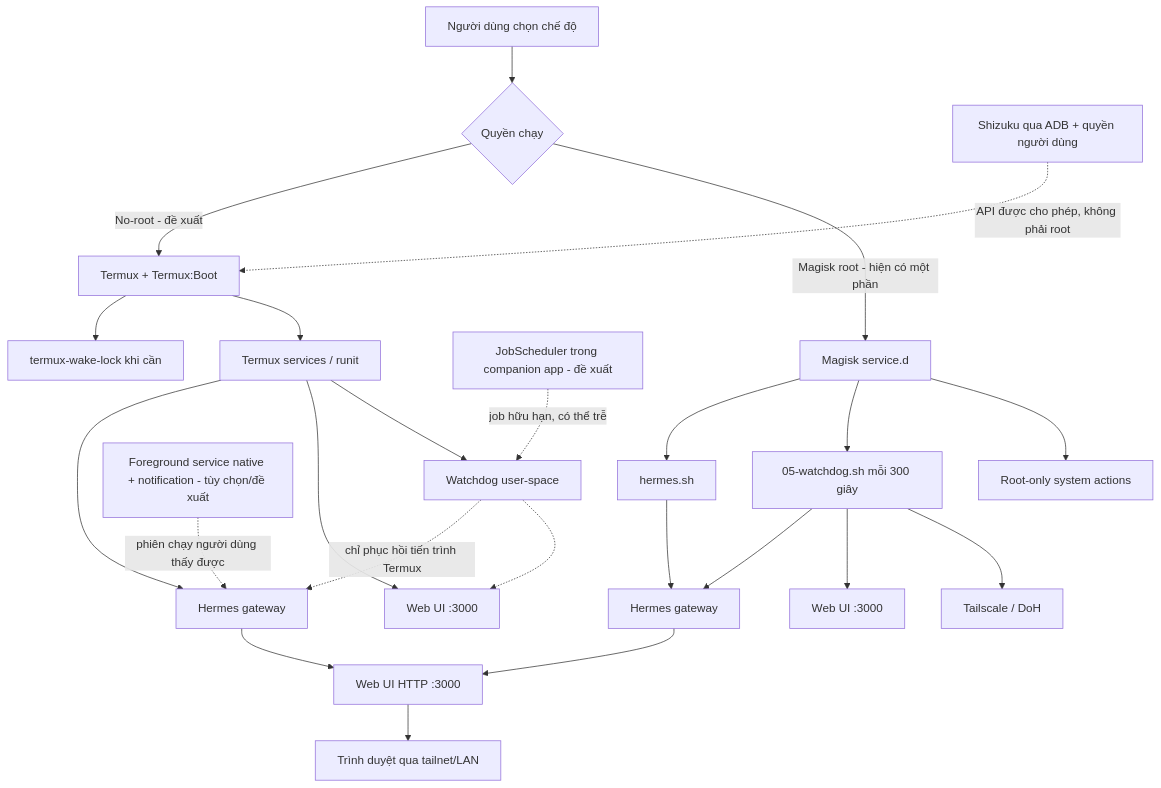
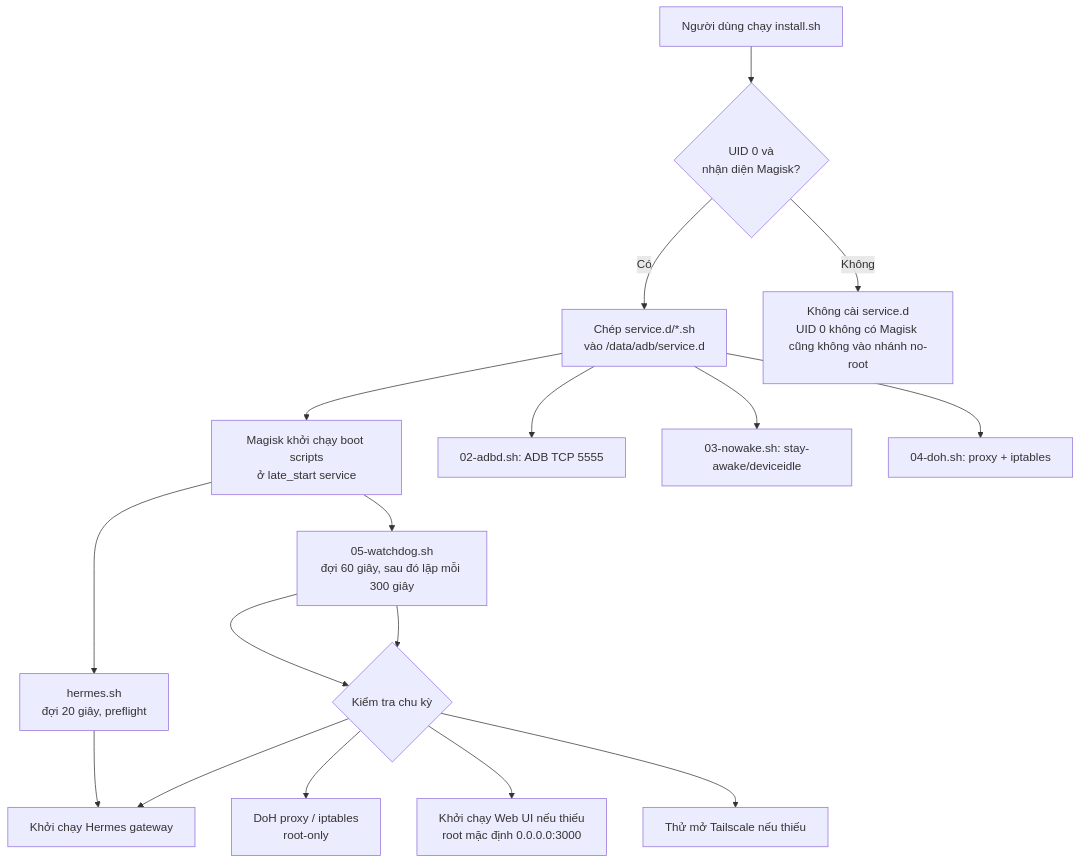
The second of 2 diagrams in docs/ARCHITECTURE.md (shiba-108/hermes-android), drawn with Mermaid before and after one commit. The commit also changed other lines of this file, not shown here.

Commit message:
docs: align architecture with V2 no-root implementation

````diff
--- a/docs/ARCHITECTURE.md
+++ b/docs/ARCHITECTURE.md
@@ -46,29 +83,19 @@
 ```mermaid
 flowchart TD
-  U[Người dùng chọn chế độ] --> M{Quyền chạy}
-
-  M -->|No-root - đề xuất| T[Termux + Termux:Boot]
-  T --> W[termux-wake-lock khi cần]
-  T --> R[Termux services / runit]
-  R --> G1[Hermes gateway]
-  R --> UI1[Web UI :3000]
-  R --> WD1[Watchdog user-space]
-  WD1 -. chỉ phục hồi tiến trình Termux .-> G1
-  WD1 -.-> UI1
-  J[JobScheduler trong companion app - đề xuất] -. job hữu hạn, có thể trễ .-> WD1
-  N[Foreground service native + notification - tùy chọn/đề xuất] -. phiên chạy người dùng thấy được .-> G1
-  S[Shizuku qua ADB + quyền người dùng] -. API được cho phép, không phải root .-> T
-
-  M -->|Magisk root - hiện có một phần| MG[Magisk service.d]
-  MG --> HS[hermes.sh]
-  HS --> G2[Hermes gateway]
-  MG --> WD2[05-watchdog.sh mỗi 300 giây]
-  WD2 --> G2
-  WD2 --> UI2[Web UI :3000]
-  WD2 --> TS[Tailscale / DoH]
-  MG --> RP[Root-only system actions]
-
-  G1 --> API[Web UI HTTP :3000]
-  G2 --> API
-  API --> B[Trình duyệt qua tailnet/LAN]
+  U[Người dùng chạy install.sh] --> C{UID 0 và<br/>nhận diện Magisk?}
+  C -->|Có| I[Chép service.d/*.sh<br/>vào /data/adb/service.d]
+  I --> B[Magisk khởi chạy boot scripts<br/>ở late_start service]
+  B --> H[hermes.sh<br/>đợi 20 giây, preflight]
+  H --> G[Khởi chạy Hermes gateway]
+  B --> W[05-watchdog.sh<br/>đợi 60 giây, sau đó lặp mỗi 300 giây]
+  W --> Q{Kiểm tra chu kỳ}
+  Q --> D[DoH proxy / iptables<br/>root-only]
+  Q --> G
+  Q --> UI[Khởi chạy Web UI nếu thiếu<br/>root mặc định 0.0.0.0:3000]
+  Q --> TS[Thử mở Tailscale nếu thiếu]
+  W --> Q
+  I --> A[02-adbd.sh: ADB TCP 5555]
+  I --> N[03-nowake.sh: stay-awake/deviceidle]
+  I --> P[04-doh.sh: proxy + iptables]
+  C -->|Không| NR[Không cài service.d<br/>UID 0 không có Magisk cũng không vào nhánh no-root]
 ```
````
